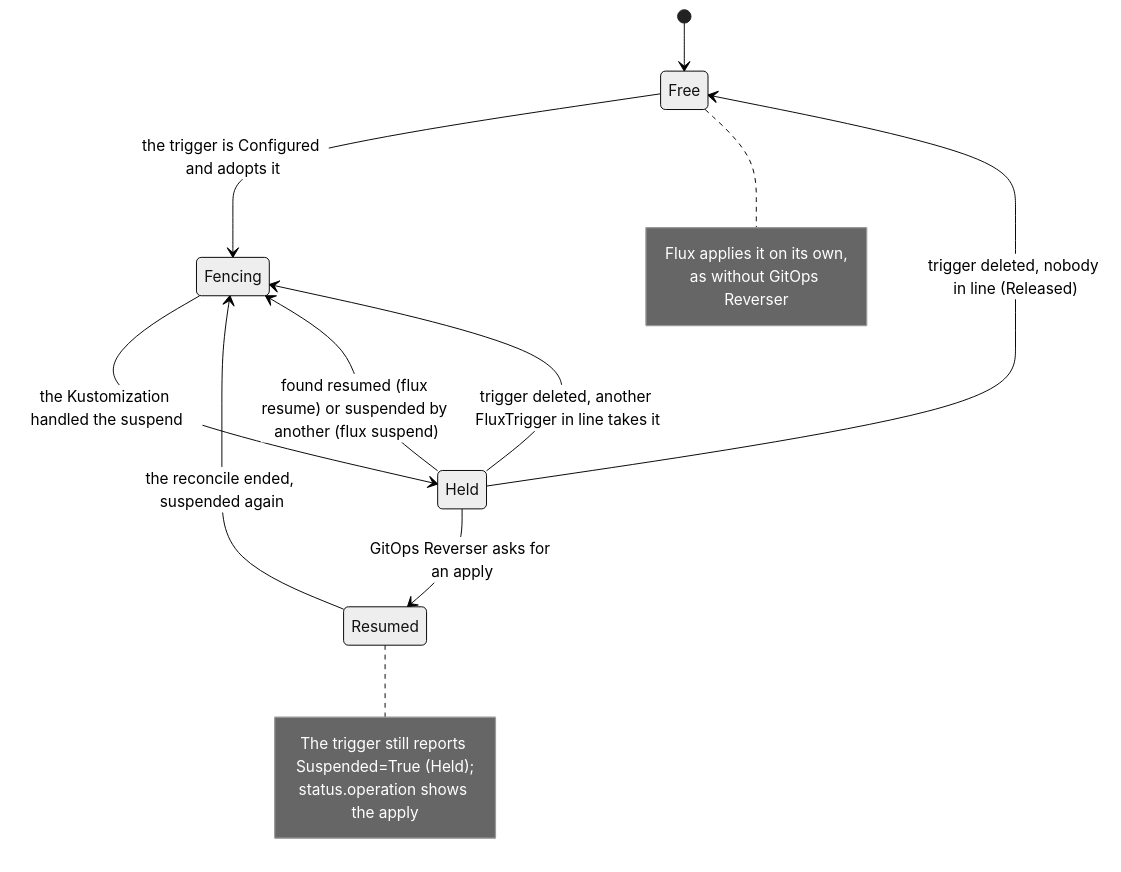
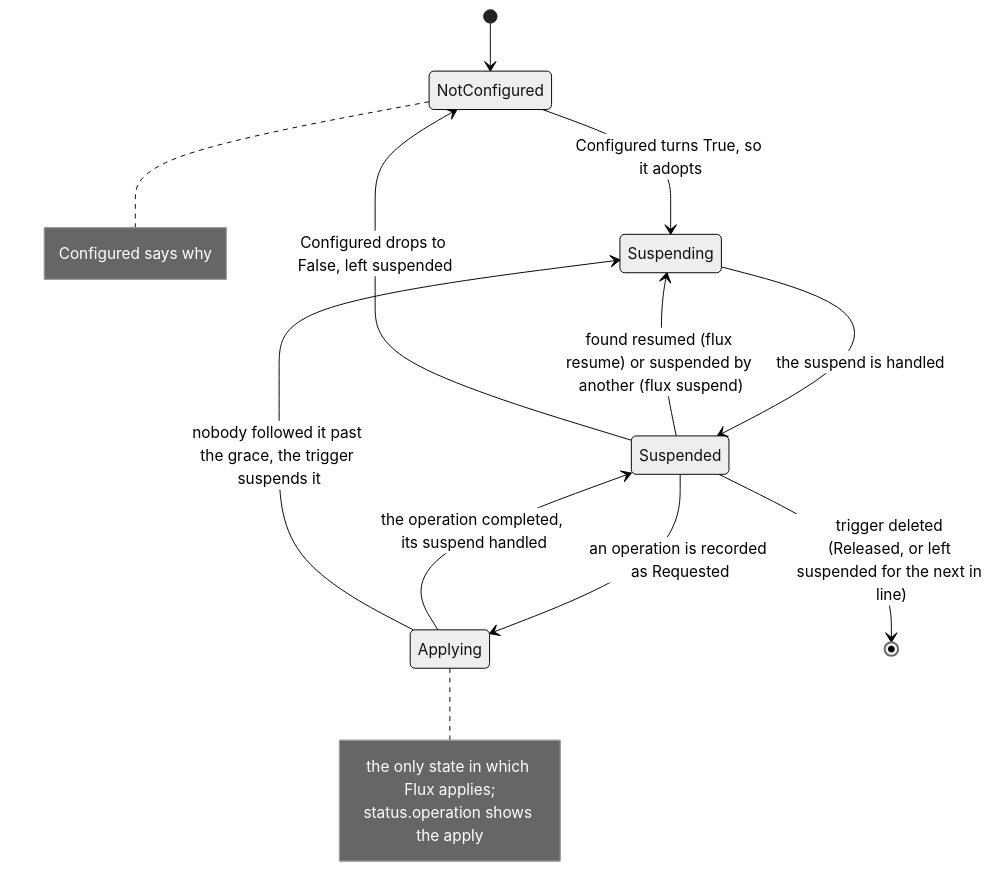
One commit to ConfigButler/gitops-reverser changed the first of 2 diagrams in docs/bi-directional-flux.md. Above: the diagram before and after it, drawn with Mermaid (neutral theme). The commit also changed other lines of this file and 25 other files, not shown here.

First line of the commit message:
refactor(applier): name the FluxTrigger's status from the trigger's side

````diff
--- a/docs/bi-directional-flux.md
+++ b/docs/bi-directional-flux.md
@@ -213,20 +213,20 @@
 ```mermaid
 stateDiagram-v2
-    [*] --> Free
-    Free --> Fencing: the trigger is Configured and adopts it
-    Fencing --> Held: the Kustomization handled the suspend
-    Held --> Resumed: GitOps Reverser asks for an apply
-    Resumed --> Fencing: the reconcile ended, suspended again
-    Held --> Fencing: found resumed (flux resume) or suspended by another (flux suspend)
-    Held --> Free: trigger deleted, nobody in line (Released)
-    Held --> Fencing: trigger deleted, another FluxTrigger in line takes it
+    [*] --> NotConfigured
+    NotConfigured --> Suspending: Configured turns True, so it adopts
+    Suspending --> Suspended: the suspend is handled
+    Suspended --> Applying: an operation is recorded as Requested
+    Applying --> Suspended: the operation completed, its suspend handled
+    Applying --> Suspending: nobody followed it past the grace, the trigger suspends it
+    Suspended --> Suspending: found resumed (flux resume) or suspended by another (flux suspend)
+    Suspended --> NotConfigured: Configured drops to False, left suspended
+    Suspended --> [*]: trigger deleted (Released, or left suspended for the next in line)
 
-    note right of Free
-        Flux applies it on its own,
-        as without GitOps Reverser
+    note right of NotConfigured
+        Configured says why
     end note
-    note right of Resumed
-        The trigger still reports Suspended=True (Held);
+    note right of Applying
+        the only state in which Flux applies;
         status.operation shows the apply
     end note
 ```
````
